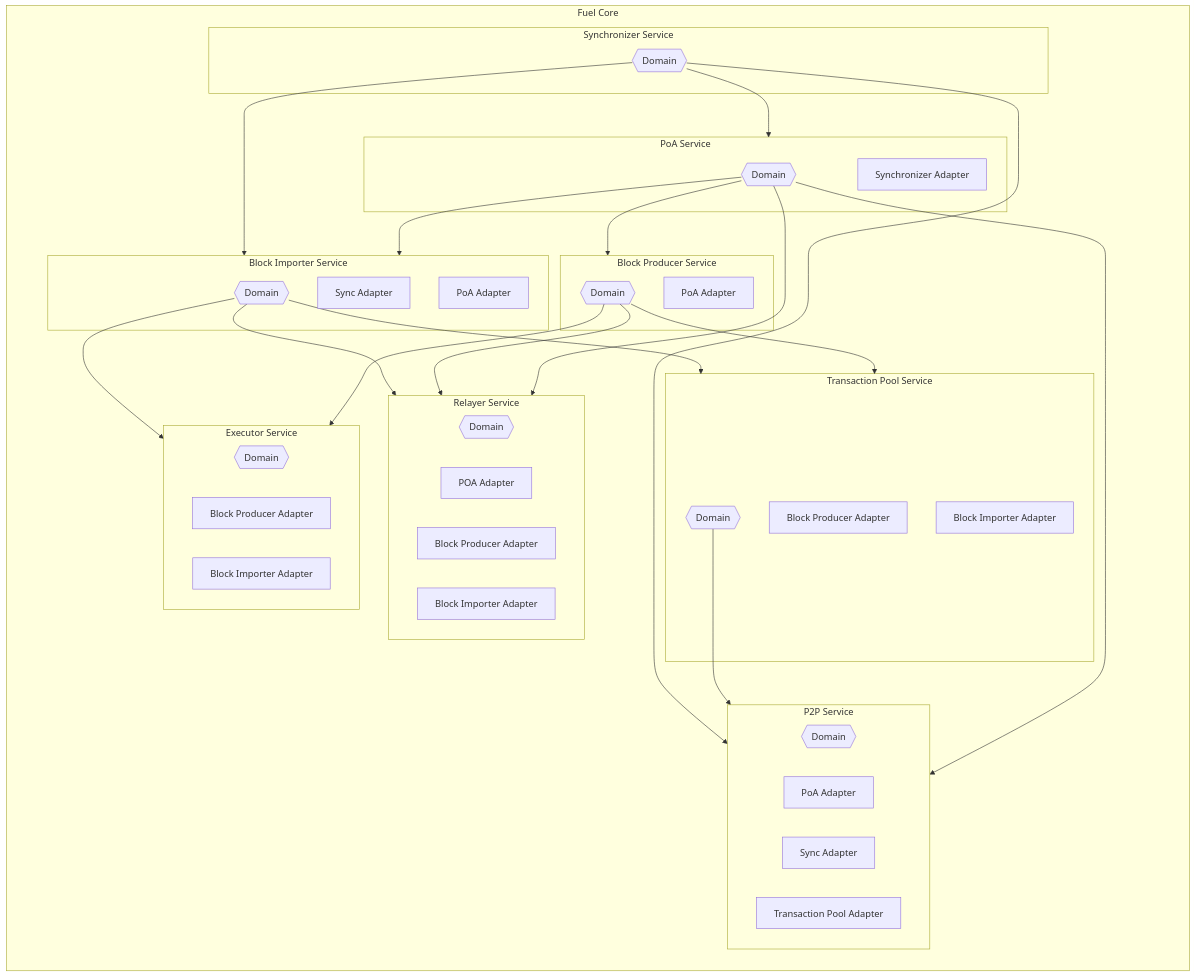
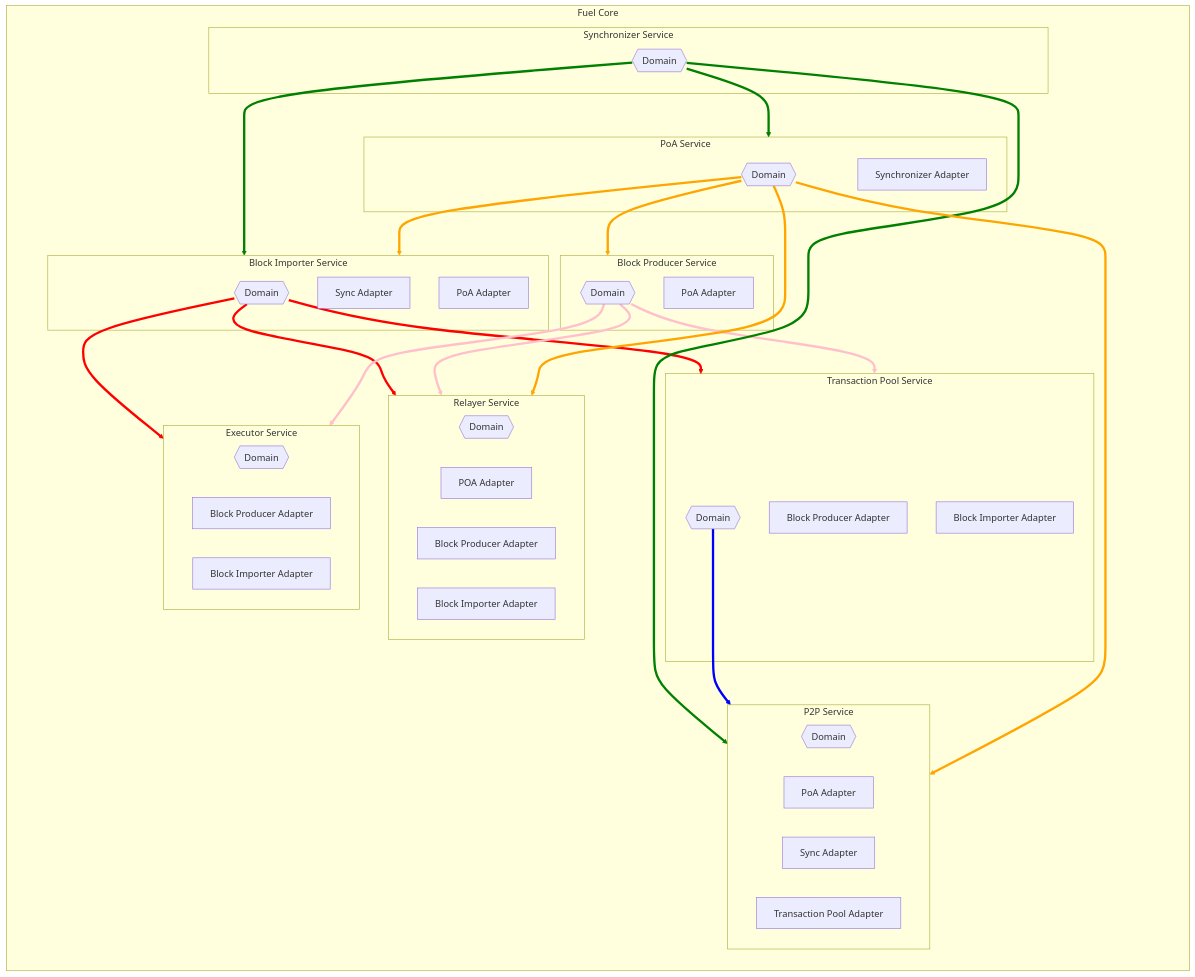
One commit to FuelLabs/fuel-core changed the diagram in docs/architecture.md. Above: the diagram before and after it, drawn with Mermaid.

Commit message:
Add colors for each service

````diff
--- a/docs/architecture.md
+++ b/docs/architecture.md
@@ -32,49 +32,59 @@
 ```mermaid
 flowchart TB
     subgraph Fuel Core
         direction TB
         subgraph POAS[PoA Service]
             POAD{{Domain}}
             SYNCPOA[Synchronizer Adapter]
         end
         subgraph BPS[Block Producer Service]
             BPD{{Domain}}
             POABP[PoA Adapter]
         end
         subgraph BIS[Block Importer Service]
             BID{{Domain}}
             SYNCBI["Sync Adapter"]
             POABI["PoA Adapter"]
         end
         subgraph SS[Synchronizer Service]
             SSD{{Domain}}
         end
         subgraph P2PS[P2P Service]
             P2PD{{Domain}}
             POAP2P[PoA Adapter]
             SYNCP2P[Sync Adapter]
             TXP2P[Transaction Pool Adapter]
         end
         subgraph TXS[Transaction Pool Service]
             TXD{{Domain}}
             BPTXS[Block Producer Adapter]
             BITXS[Block Importer Adapter]
         end
         subgraph RS[Relayer Service]
             RSD{{Domain}}
             POAR[POA Adapter]
             BPR[Block Producer Adapter]
             BIR[Block Importer Adapter]
         end
         subgraph ES[Executor Service]
             ESD{{Domain}}
             BPEXE[Block Producer Adapter]
             BIEXE[Block Importer Adapter]
         end
         BID & BPD --> ES & RS & TXS
         SSD --> POAS & P2PS & BIS
         TXD --> P2PS
         POAD --> P2PS & RS & BPS & BIS
         
+        %% Red color - Block Importer
+        linkStyle 0,1,2 fill:none,stroke-width:4px,stroke:red
+        %% Pink color - Block Producer
+        linkStyle 3,4,5 fill:none,stroke-width:4px,stroke:pink
+        %% Green color - Synchronizer
+        linkStyle 6,7,8 fill:none,stroke-width:4px,stroke:green
+        %% Blue color - Transaction pool
+        linkStyle 9 fill:none,stroke-width:4px,stroke:blue
+        %% Orange color - PoA
+        linkStyle 10,11,12,13 fill:none,stroke-width:4px,stroke:orange
     end
 ```
````
